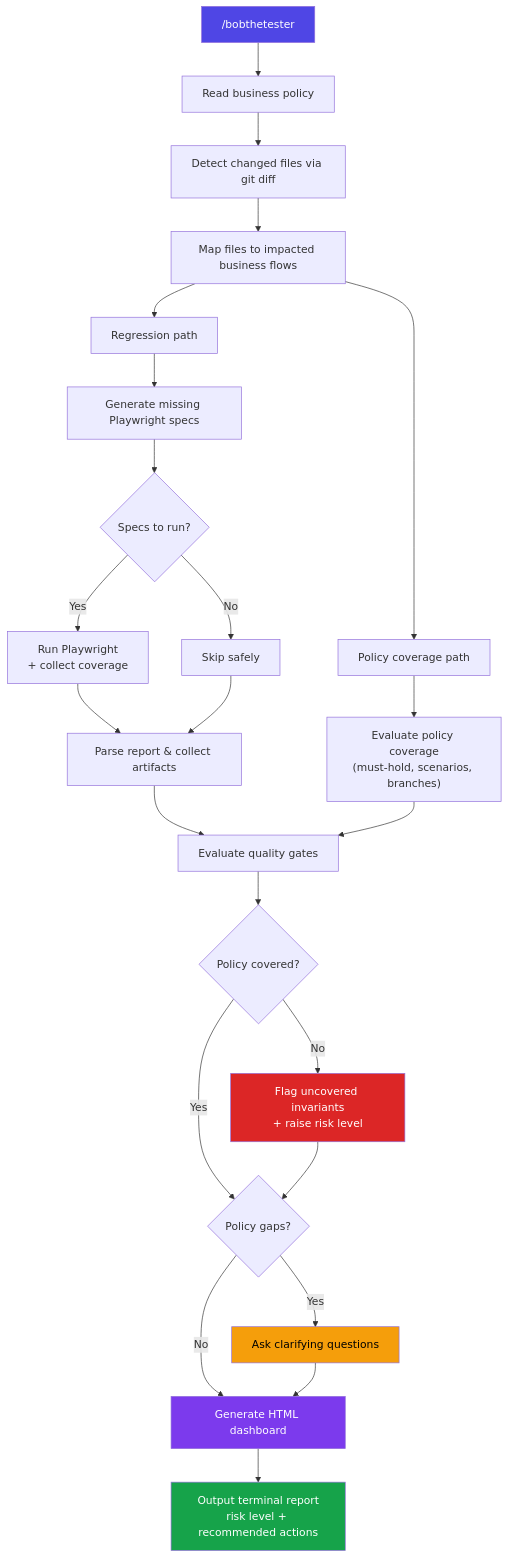
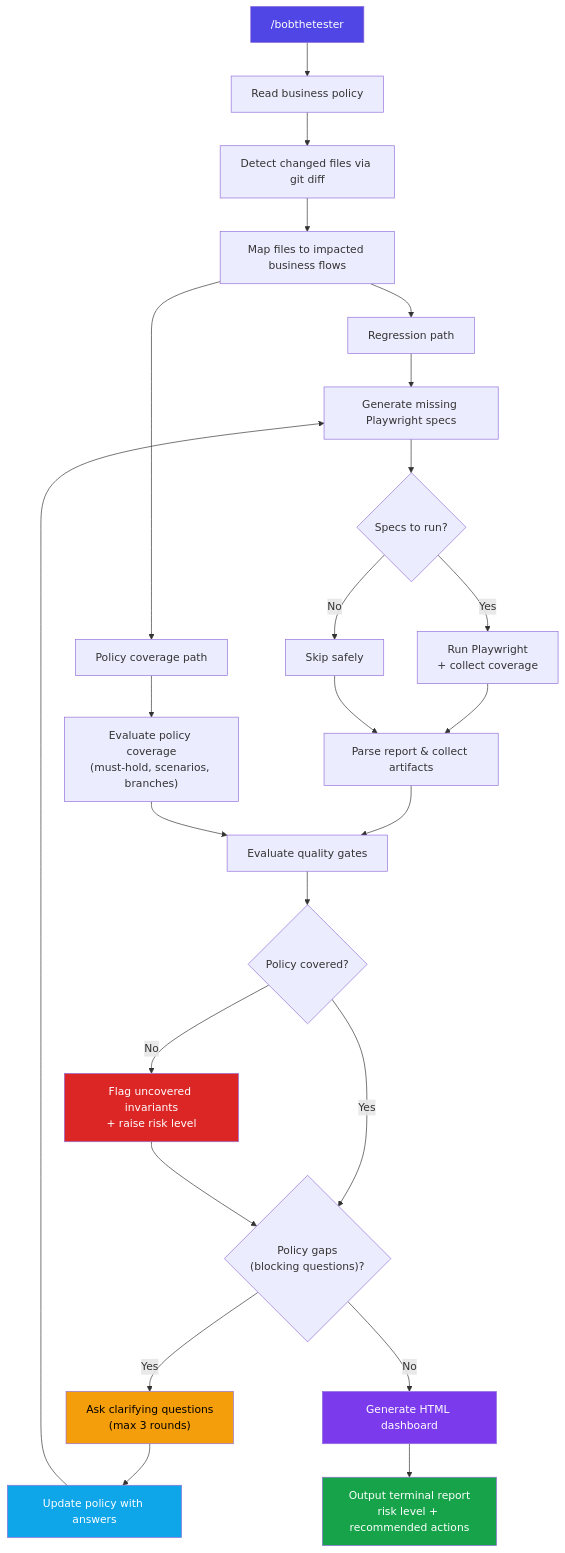
The diagram in README.md (AlbertoSardo/BobTheTester), drawn with Mermaid before and after one commit. The commit also changed 1 other file, not shown here.

Commit message:
feat: iterative clarification loop — re-generate tests after user answers
After asking clarifying questions, BobTheTester now updates the
business policy with the user's answers, regenerates Playwright
specs with the new details, re-runs tests, and recalculates
coverage. Loop runs up to 3 times until no blocking questions
remain. Mermaid diagram updated to show the feedback loop.

````diff
--- a/README.md
+++ b/README.md
@@ -9,36 +9,38 @@
 ```mermaid
 flowchart TD
     A["/bobthetester"] --> B["Read business policy"]
     B --> C["Detect changed files via git diff"]
     C --> D["Map files to impacted business flows"]
 
     D --> E["Regression path"]
     D --> F["Policy coverage path"]
 
     E --> G["Generate missing Playwright specs"]
     G --> H{"Specs to run?"}
     H -- Yes --> I["Run Playwright\n+ collect coverage"]
     H -- No --> J["Skip safely"]
     I --> K["Parse report & collect artifacts"]
     J --> K
 
     F --> L["Evaluate policy coverage\n(must-hold, scenarios, branches)"]
 
     K --> M["Evaluate quality gates"]
     L --> M
 
     M --> N{"Policy covered?"}
     N -- No --> Q["Flag uncovered invariants\n+ raise risk level"]
-    N -- Yes --> R{"Policy gaps?"}
+    N -- Yes --> R{"Policy gaps\n(blocking questions)?"}
     Q --> R
-    R -- Yes --> O["Ask clarifying questions"]
+    R -- Yes --> O["Ask clarifying questions\n(max 3 rounds)"]
+    O --> U["Update policy with answers"]
+    U --> G
     R -- No --> S["Generate HTML dashboard"]
-    O --> S
     S --> P["Output terminal report\nrisk level + recommended actions"]
 
     style A fill:#4f46e5,color:#fff
     style P fill:#16a34a,color:#fff
     style O fill:#f59e0b,color:#000
     style Q fill:#dc2626,color:#fff
     style S fill:#7c3aed,color:#fff
+    style U fill:#0ea5e9,color:#fff
 ```
````
